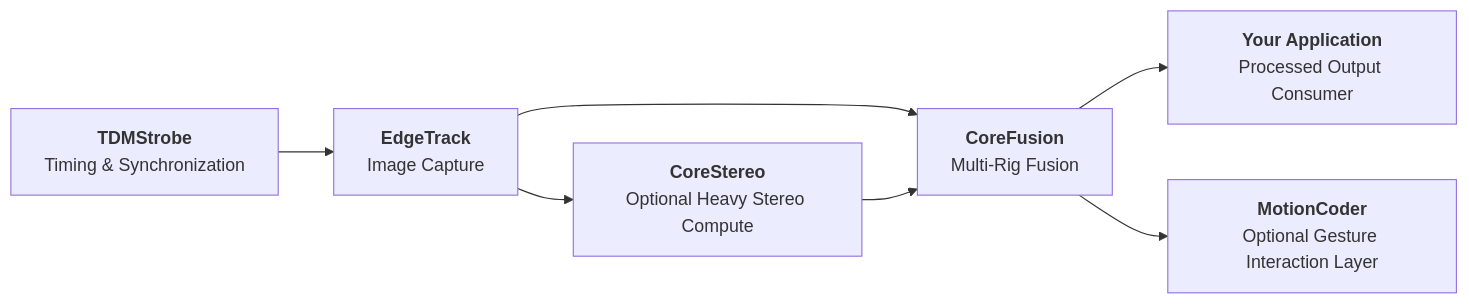
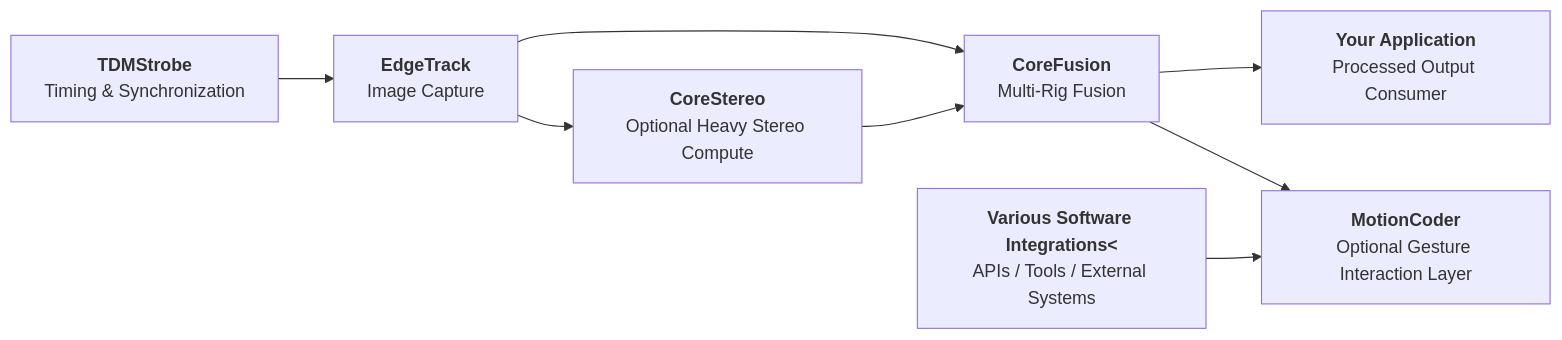
The diagram in README.md (edgetrackorg/overview), drawn with Mermaid before and after one commit.

````diff
--- a/README.md
+++ b/README.md
@@ -46,16 +46,18 @@
 ```mermaid
 flowchart LR
     A[<strong>TDMStrobe</strong><br/>Timing & Synchronization]
     B[<strong>EdgeTrack</strong><br/>Image Capture]
     C[<strong>CoreStereo</strong><br/>Optional Heavy Stereo Compute]
     D[<strong>CoreFusion</strong><br/>Multi-Rig Fusion]
     E[<strong>Your Application</strong><br/>Processed Output Consumer]
     F[<strong>MotionCoder</strong><br/>Optional Gesture Interaction Layer]
+    G[<strong>Various Software Integrations<</strong><br/>APIs / Tools / External Systems]
 
     A --> B
     B --> D
     B --> C
     C --> D
     D --> E
     D --> F
+    G --> F
 ```
````
